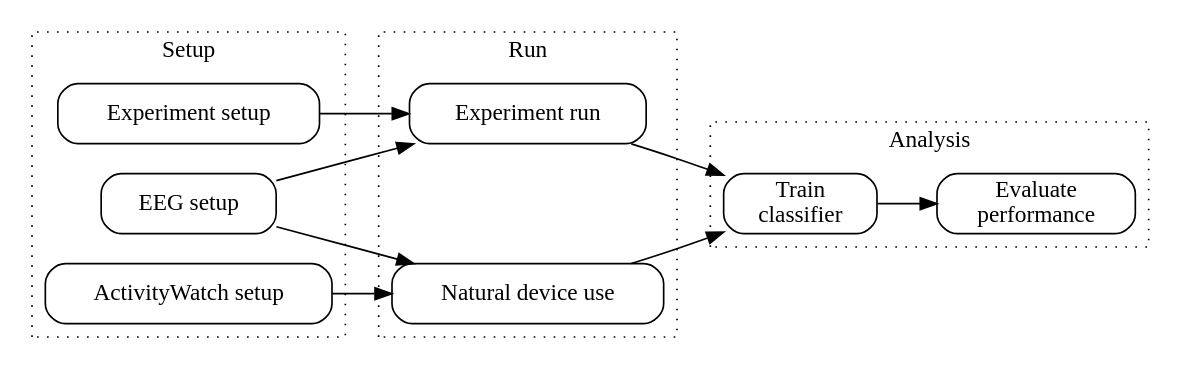
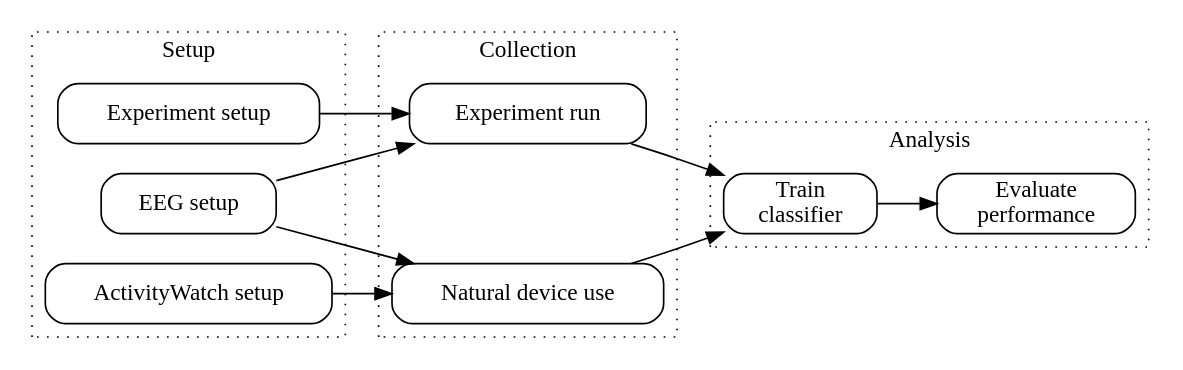
Before and after one commit to ErikBjare/thesis: the diagram in docs/tex/img/method.dot, drawn with Graphviz. The commit also changed 2 other files, not shown here.

```diff
--- a/docs/tex/img/method.dot
+++ b/docs/tex/img/method.dot
@@ -1,49 +1,49 @@
 digraph graphname {
     node [margin="0.2, 0", shape=box, style=rounded];
     rankdir=LR;
     // TODO: Should I have seperate diagrams for the two conditions?
 
     // Controlled
     C2[label="Experiment setup"];
     C1[label="EEG setup"];
     C3[label="Experiment run"];
     C1 -> C3;
     C2 -> C3;
     C3 -> A1;
     //{rank = same; C1; C2;}
 
     // To vertically align the clusters
     INVIS[style=invis];
     C1 -> INVIS [style=invis; weight=100];
 
     // Uncontrolled
     //U1[label="EEG setup"];
     U2[label="ActivityWatch setup"];
     U3[label="Natural device use"];
     C1 -> U3;
     U2 -> U3;
     U3 -> A1;
     //{rank = same; U1; U2; U3;}
 
     // Analysis
     A1[label="Train\nclassifier"];
     A2[label="Evaluate\nperformance"];
     A1 -> A2;
     //{rank = same; A1; A2;}
 
     subgraph cluster_setup { 
         label="Setup";
         style=dotted;
         C1; C2; U2;
     }
     subgraph cluster_run { 
-        label="Run";
+        label="Collection";
         style=dotted;
         C3; INVIS; U3;
     }
     subgraph cluster_analysis { 
         label="Analysis";
         style=dotted;
         A1; A2;
     }
 }
```
